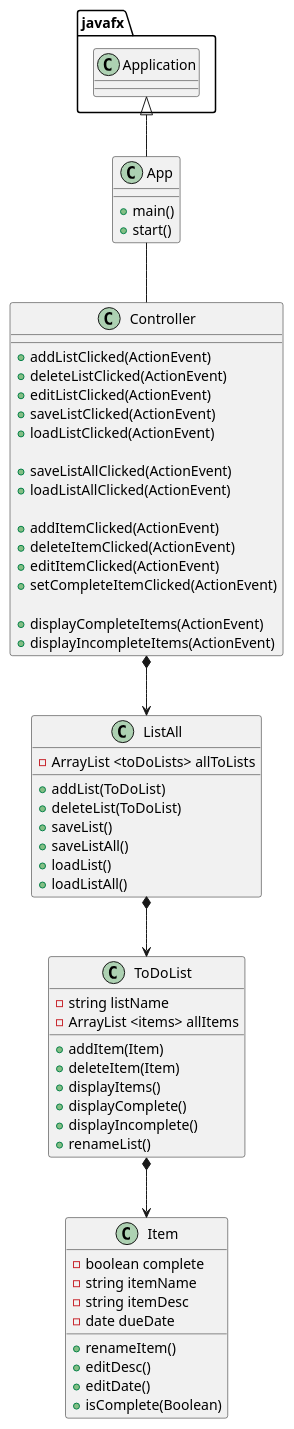
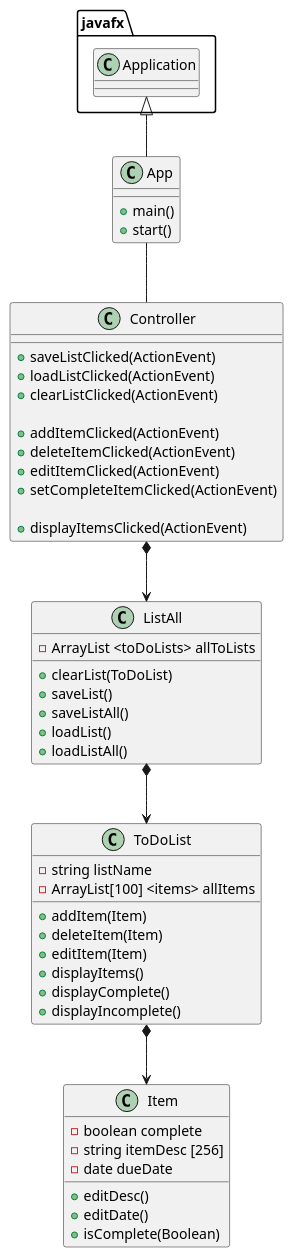
One commit to cmathew2/mathew-cop3330-assignment4part2 changed the diagram in uml/ToDoList.puml. Above: the diagram before and after it, drawn with PlantUML.

```diff
--- a/uml/ToDoList.puml
+++ b/uml/ToDoList.puml
@@ -1,65 +1,56 @@
 @startuml
 'https://plantuml.com/class-diagram
 class App{
     + main()
     + start()
  }
  class ToDoList{
     - string listName
-    - ArrayList <items> allItems
+    - ArrayList[100] <items> allItems
 
     + addItem(Item)
     + deleteItem(Item)
+    + editItem(Item)
     + displayItems()
     + displayComplete()
     + displayIncomplete()
-    + renameList()
     }
 class ListAll{
     -ArrayList <toDoLists> allToLists
 
-    +addList(ToDoList)
-    +deleteList(ToDoList)
+    +clearList(ToDoList)
     +saveList()
     +saveListAll()
     +loadList()
     +loadListAll()
 
 }
 class Item{
     -boolean complete
-    -string itemName
-    -string itemDesc
+    -string itemDesc [256]
     -date dueDate
 
-    +renameItem()
     +editDesc()
     +editDate()
     +isComplete(Boolean)
 }
 class Controller{
-    +addListClicked(ActionEvent)
-    +deleteListClicked(ActionEvent)
-    +editListClicked(ActionEvent)
     +saveListClicked(ActionEvent)
     +loadListClicked(ActionEvent)
-
-    +saveListAllClicked(ActionEvent)
-    +loadListAllClicked(ActionEvent)
+    +clearListClicked(ActionEvent)
 
     +addItemClicked(ActionEvent)
     +deleteItemClicked(ActionEvent)
     +editItemClicked(ActionEvent)
     +setCompleteItemClicked(ActionEvent)
 
-    +displayCompleteItems(ActionEvent)
-    +displayIncompleteItems(ActionEvent)
+    +displayItemsClicked(ActionEvent)
 }
 
 javafx.Application <|-- App
 App -- Controller
 
 Controller *--> ListAll
 ListAll *--> ToDoList
 ToDoList *--> Item
 @enduml
```
